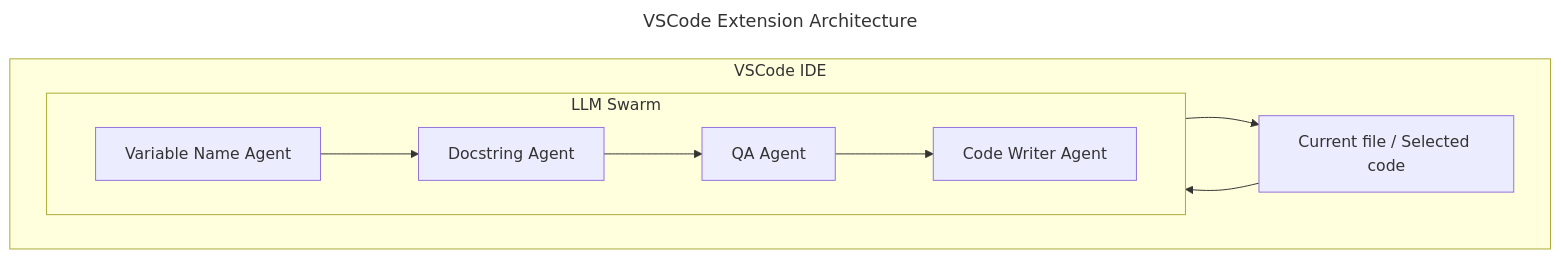
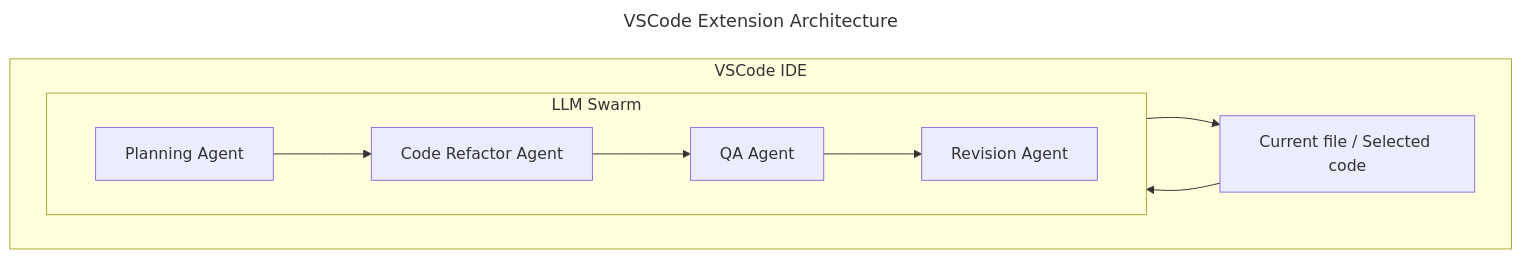
One commit to Vero-Ventures/llm-swarm changed the diagram in README.md. Above: the diagram before and after it, drawn with Mermaid.

Commit message:
docs: update flowchart

````diff
--- a/README.md
+++ b/README.md
@@ -117,23 +117,23 @@
 ```mermaid
 ---
 title: VSCode Extension Architecture
 ---
 flowchart TB
 
 subgraph vscode_extension [VSCode IDE]
 code[Current file / Selected code]
 python_package --> code
 end
 code --> python_package
-subgraph python_package [ LLM Swarm]
-agent1[Variable Name Agent]
-agent2[Docstring Agent]
+subgraph python_package [LLM Swarm]
+agent1[Planning Agent]
+agent2[Code Refactor Agent]
 agent3[QA Agent]
-agent4[Code Writer Agent]
+agent4[Revision Agent]
 agent1 --> agent2
 agent2 --> agent3
 agent3 --> agent4
 
 end
 
 ```
````
